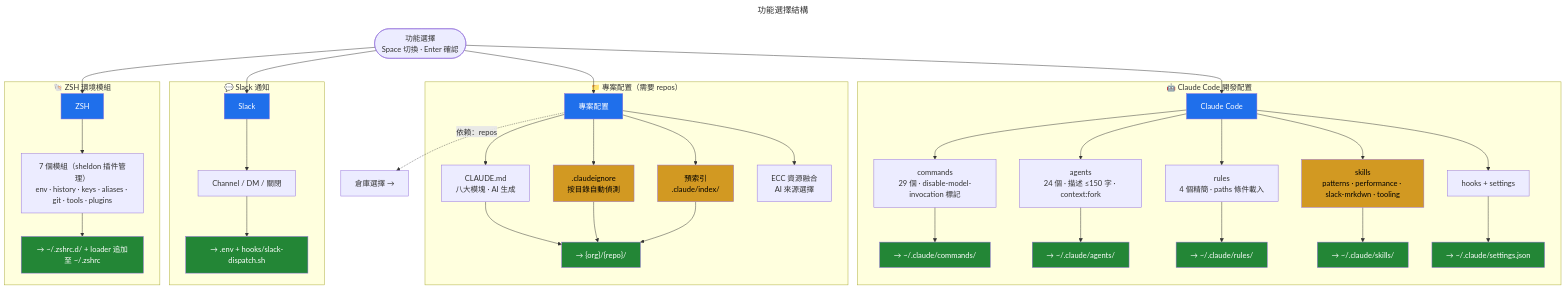
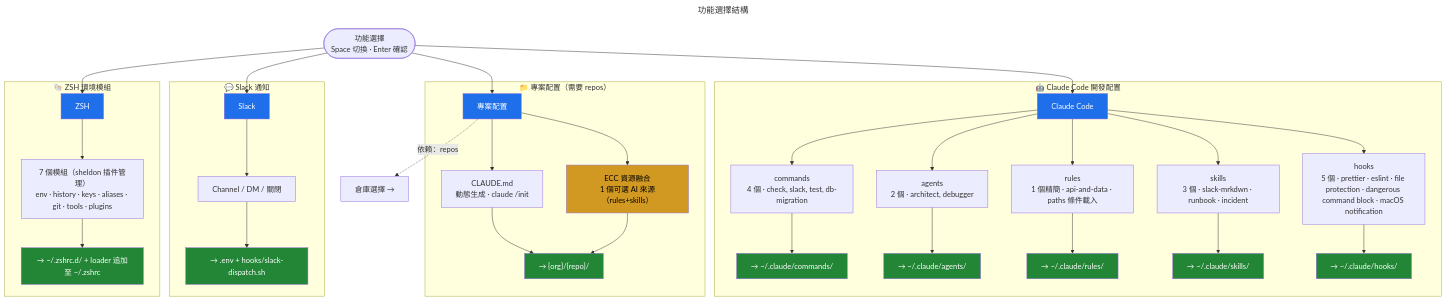
One commit to AlvinBian/ab-tao changed the diagram in apps/dotfiles/docs/flows/feature-map.mmd. Above: the diagram before and after it, drawn with Mermaid. The commit also changed 70 other files, not shown here.

```diff
--- a/apps/dotfiles/docs/flows/feature-map.mmd
+++ b/apps/dotfiles/docs/flows/feature-map.mmd
@@ -1,56 +1,53 @@
 ---
 title: 功能選擇結構
-description: 4 大功能、部署目標、v3 新增（.claudeignore + 預索引 + Plugin）
+description: 4 大功能、部署目標、v2.0 精簡（4 個命令 + 2 個 agents + 1 個可選來源）
 links:
   - setup-main: 返回主流程
   - phase-execute: 安裝執行
 ---
 flowchart TD
     MS(["功能選擇<br/>Space 切換 · Enter 確認"]) --> C1 & C2 & C3 & C4
 
     subgraph C1G ["🤖 Claude Code 開發配置"]
         C1["Claude Code"]
-        C1 --> CC1["commands<br/>29 個 · disable-model-invocation 標記"]
-        C1 --> CC2["agents<br/>24 個 · 描述 ≤150 字 · context:fork"]
-        C1 --> CC3["rules<br/>4 個精簡 · paths 條件載入"]
-        C1 --> CC4["skills<br/>patterns · performance · slack-mrkdwn · tooling"]
-        C1 --> CC5["hooks + settings"]
+        C1 --> CC1["commands<br/>4 個 · check, slack, test, db-migration"]
+        C1 --> CC2["agents<br/>2 個 · architect, debugger"]
+        C1 --> CC3["rules<br/>1 個精簡 · api-and-data · paths 條件載入"]
+        C1 --> CC4["skills<br/>3 個 · slack-mrkdwn · runbook · incident"]
+        C1 --> CC5["hooks<br/>5 個 · prettier · eslint · file protection · dangerous command block · macOS notification"]
         CC1 --> T1["→ ~/.claude/commands/"]
         CC2 --> T2["→ ~/.claude/agents/"]
         CC3 --> T3["→ ~/.claude/rules/"]
         CC4 --> T4["→ ~/.claude/skills/"]
-        CC5 --> T5["→ ~/.claude/settings.json"]
+        CC5 --> T5["→ ~/.claude/hooks/"]
     end
 
     subgraph C2G ["📁 專案配置（需要 repos）"]
         C2["專案配置"]
-        C2 --> CM1["CLAUDE.md<br/>八大模塊 · AI 生成"]
-        C2 --> CM2[".claudeignore<br/>按目錄自動偵測"]
-        C2 --> CM3["預索引<br/>.claude/index/"]
-        C2 --> CM4["ECC 資源融合<br/>AI 來源選擇"]
+        C2 --> CM1["CLAUDE.md<br/>動態生成 · claude /init"]
+        C2 --> CM4["ECC 資源融合<br/>1 個可選 AI 來源（rules+skills）"]
         CM1 --> CMT["→ {org}/{repo}/"]
-        CM2 --> CMT
-        CM3 --> CMT
+        CM4 --> CMT
     end
 
     subgraph C3G ["💬 Slack 通知"]
         C3["Slack"]
         C3 --> S1["Channel / DM / 關閉"]
         S1 --> ST["→ .env + hooks/slack-dispatch.sh"]
     end
 
     subgraph C4G ["🐚 ZSH 環境模組"]
         C4["ZSH"]
         C4 --> Z1["7 個模組（sheldon 插件管理）<br/>env · history · keys · aliases · git · tools · plugins"]
         Z1 --> ZT["→ ~/.zshrc.d/ + loader 追加至 ~/.zshrc"]
     end
 
     C2 -.->|"依賴：repos"| RepoLink["倉庫選擇 →"]
 
     classDef feature fill:#1f6feb,color:#fff
     classDef target fill:#238636,color:#fff
-    classDef new fill:#d29922,color:#000
+    classDef optional fill:#d29922,color:#000
 
     class C1,C2,C3,C4 feature
     class T1,T2,T3,T4,T5,CMT,ST,ZT target
-    class CM2,CM3,CC4 new
+    class CM4 optional
```
